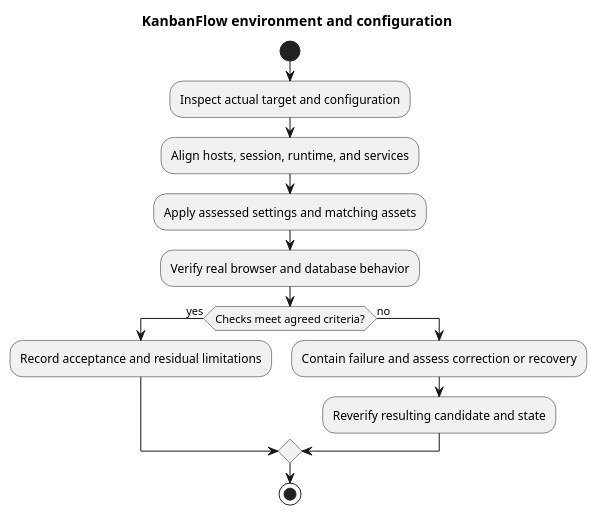
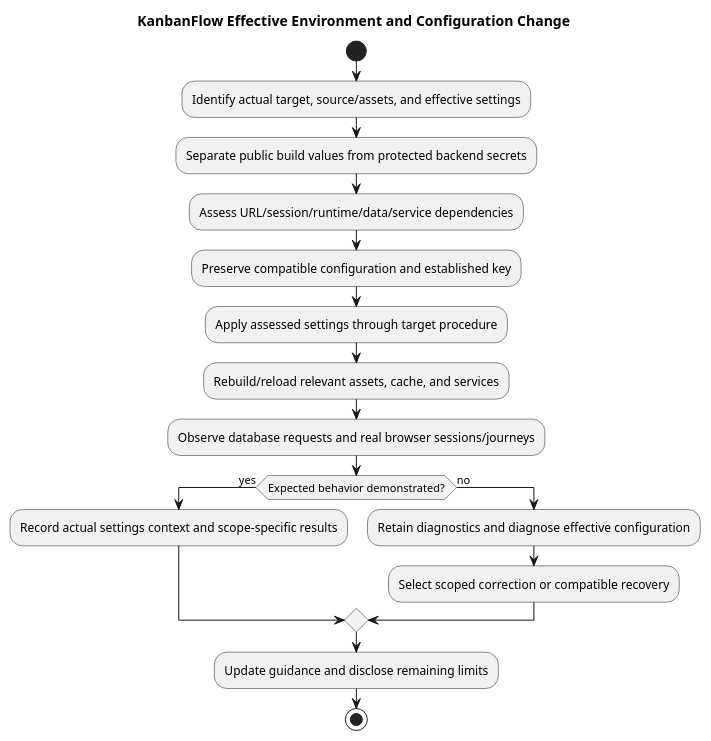
One commit to Farhad-Valizadegan/Web-KanbanFlow changed the diagram in docs/SDLC/07-deployment/environment-and-configuration.md. Above: the diagram before and after it, drawn with PlantUML. The commit also changed other lines of this file and 2 other files, not shown here.

Commit message:
docs: complete environment configuration and troubleshooting guidance

````diff
--- a/docs/SDLC/07-deployment/environment-and-configuration.md
+++ b/docs/SDLC/07-deployment/environment-and-configuration.md
@@ -38,17 +100,21 @@
 ```plantuml
 @startuml
-title KanbanFlow environment and configuration
+title KanbanFlow Effective Environment and Configuration Change
 start
-:Inspect actual target and configuration;
-:Align hosts, session, runtime, and services;
-:Apply assessed settings and matching assets;
-:Verify real browser and database behavior;
-if (Checks meet agreed criteria?) then (yes)
-:Record acceptance and residual limitations;
+:Identify actual target, source/assets, and effective settings;
+:Separate public build values from protected backend secrets;
+:Assess URL/session/runtime/data/service dependencies;
+:Preserve compatible configuration and established key;
+:Apply assessed settings through target procedure;
+:Rebuild/reload relevant assets, cache, and services;
+:Observe database requests and real browser sessions/journeys;
+if (Expected behavior demonstrated?) then (yes)
+ :Record actual settings context and scope-specific results;
 else (no)
-:Contain failure and assess correction or recovery;
-:Reverify resulting candidate and state;
+ :Retain diagnostics and diagnose effective configuration;
+ :Select scoped correction or compatible recovery;
 endif
+:Update guidance and disclose remaining limits;
 stop
 @enduml
 ```
````
